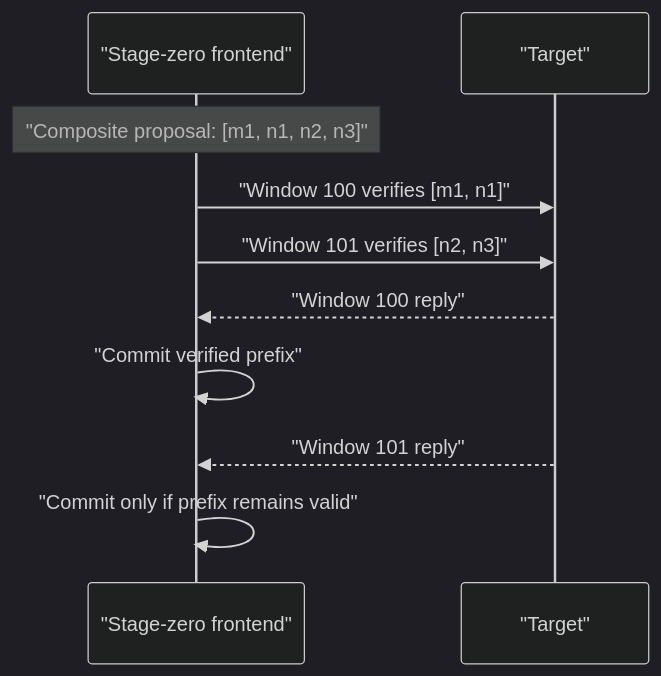
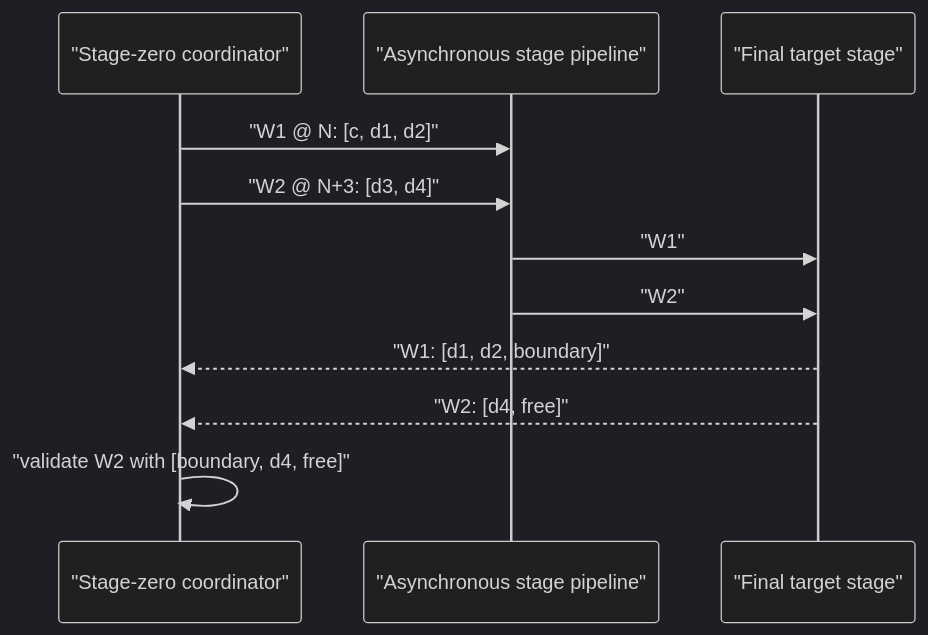
The diagram in docs/skippy/PIPELINED_VERIFY_WINDOW.md (TheTechOddBug/mesh-llm), drawn with Mermaid (dark theme) before and after one commit. The commit also changed other lines of this file and 121 other files, not shown here.

````diff
--- a/docs/skippy/PIPELINED_VERIFY_WINDOW.md
+++ b/docs/skippy/PIPELINED_VERIFY_WINDOW.md
@@ -156,12 +88,13 @@
 ```mermaid
 sequenceDiagram
-  participant F as "Stage-zero frontend"
-  participant T as "Target"
-  Note over F: "Composite proposal: [m1, n1, n2, n3]"
-  F->>T: "Window 100 verifies [m1, n1]"
-  F->>T: "Window 101 verifies [n2, n3]"
-  T-->>F: "Window 100 reply"
-  F->>F: "Commit verified prefix"
-  T-->>F: "Window 101 reply"
-  F->>F: "Commit only if prefix remains valid"
+  participant C as "Stage-zero coordinator"
+  participant P as "Asynchronous stage pipeline"
+  participant T as "Final target stage"
+  C->>P: "W1 @ N: [c, d1, d2]"
+  C->>P: "W2 @ N+3: [d3, d4]"
+  P->>T: "W1"
+  P->>T: "W2"
+  T-->>C: "W1: [d1, d2, boundary]"
+  T-->>C: "W2: [d4, free]"
+  C->>C: "validate W2 with [boundary, d4, free]"
 ```
````
